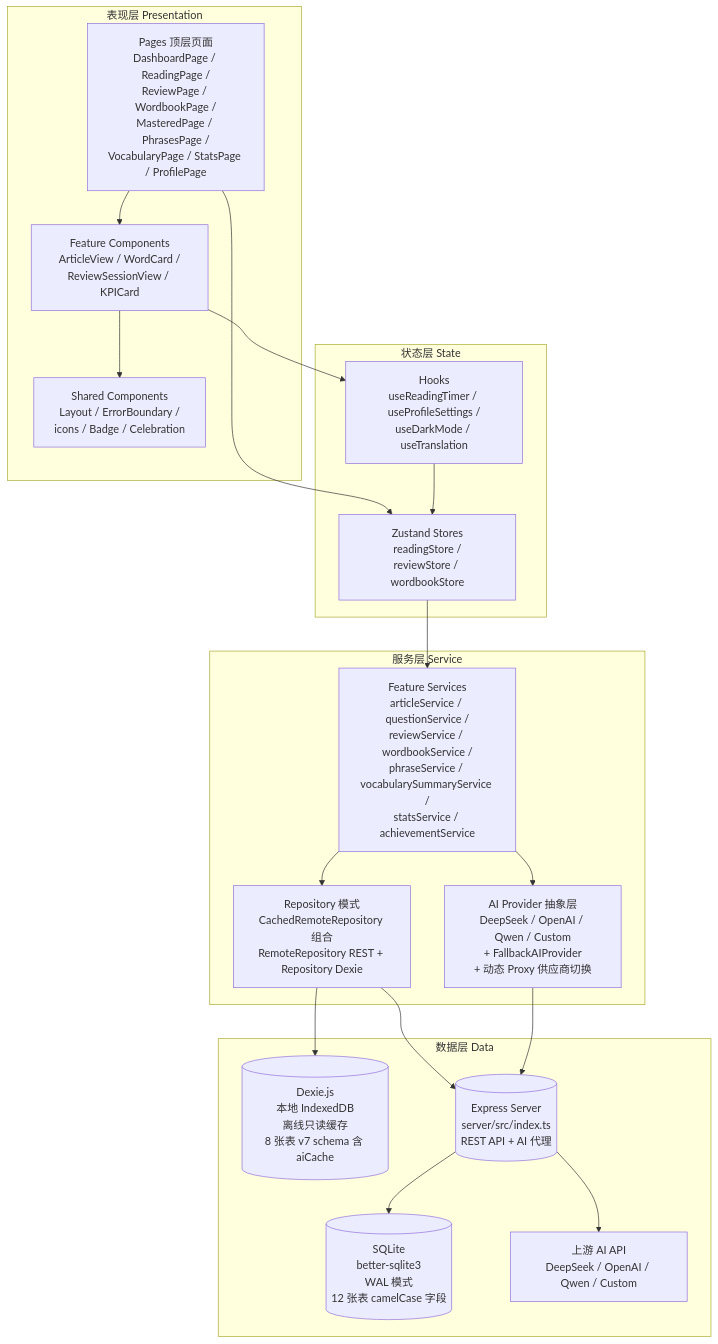
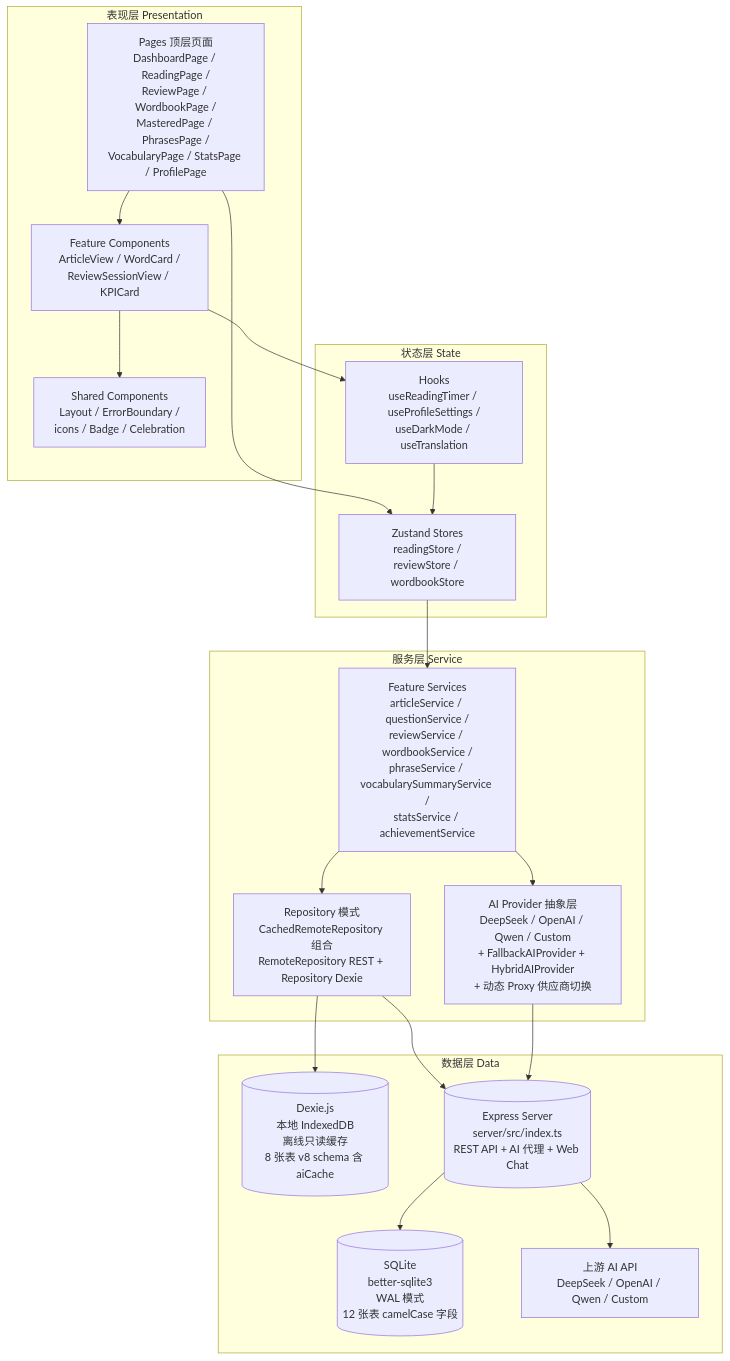
Before and after one commit to zhongxingma/ydxl: the first of 7 diagrams in docs/ARCHITECTURE.md, drawn with Mermaid. The commit also changed other lines of this file and 259 other files, not shown here.

First line of the commit message:
feat: 落地项目改进路线图（i18n/可观测性/容器化/治理/性能）

````diff
--- a/docs/ARCHITECTURE.md
+++ b/docs/ARCHITECTURE.md
@@ -11,40 +11,40 @@
 ```mermaid
 graph TD
     subgraph 表现层 Presentation
         Pages[Pages 顶层页面<br/>DashboardPage / ReadingPage /<br/>ReviewPage / WordbookPage /<br/>MasteredPage / PhrasesPage /<br/>VocabularyPage / StatsPage / ProfilePage]
         Components[Feature Components<br/>ArticleView / WordCard /<br/>ReviewSessionView / KPICard]
         Shared[Shared Components<br/>Layout / ErrorBoundary /<br/>icons / Badge / Celebration]
     end
 
     subgraph 状态层 State
         Stores[Zustand Stores<br/>readingStore /<br/>reviewStore / wordbookStore]
         Hooks[Hooks<br/>useReadingTimer / useProfileSettings /<br/>useDarkMode / useTranslation]
     end
 
     subgraph 服务层 Service
         FeatureSvc[Feature Services<br/>articleService / questionService /<br/>reviewService / wordbookService /<br/>phraseService / vocabularySummaryService /<br/>statsService / achievementService]
-        AISvc[AI Provider 抽象层<br/>DeepSeek / OpenAI / Qwen / Custom<br/>+ FallbackAIProvider<br/>+ 动态 Proxy 供应商切换]
+        AISvc[AI Provider 抽象层<br/>DeepSeek / OpenAI / Qwen / Custom<br/>+ FallbackAIProvider + HybridAIProvider<br/>+ 动态 Proxy 供应商切换]
         Repos[Repository 模式<br/>CachedRemoteRepository 组合<br/>RemoteRepository REST + Repository Dexie]
     end
 
     subgraph 数据层 Data
-        Dexie[(Dexie.js<br/>本地 IndexedDB<br/>离线只读缓存<br/>8 张表 v7 schema 含 aiCache)]
-        Express[(Express Server<br/>server/src/index.ts<br/>REST API + AI 代理)]
+        Dexie[(Dexie.js<br/>本地 IndexedDB<br/>离线只读缓存<br/>8 张表 v8 schema 含 aiCache)]
+        Express[(Express Server<br/>server/src/index.ts<br/>REST API + AI 代理 + Web Chat)]
         SQLite[(SQLite<br/>better-sqlite3<br/>WAL 模式<br/>12 张表 camelCase 字段)]
         Upstream[上游 AI API<br/>DeepSeek / OpenAI / Qwen / Custom]
     end
 
     Pages --> Components
     Components --> Shared
     Pages --> Stores
     Components --> Hooks
     Hooks --> Stores
     Stores --> FeatureSvc
     FeatureSvc --> AISvc
     FeatureSvc --> Repos
     Repos --> Dexie
     Repos --> Express
     Express --> SQLite
     AISvc --> Express
     Express --> Upstream
 ```
````
